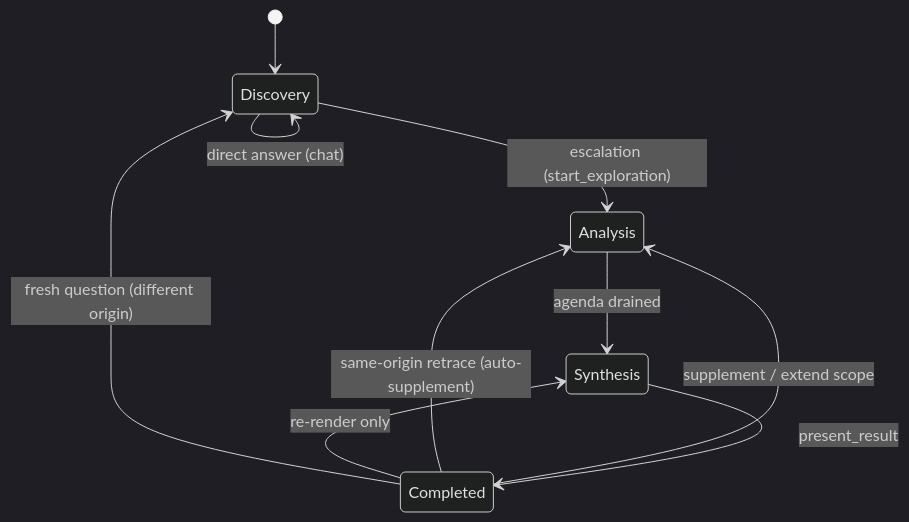
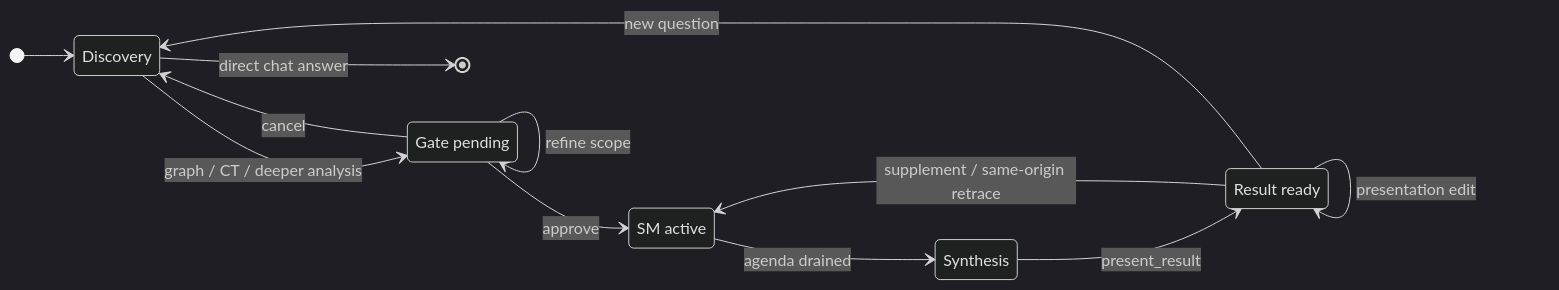
Before and after one commit to ChrisDevRepo/vscode_data_lineage: the sixth of 6 diagrams in docs/ARCHITECTURE.md, drawn with Mermaid (dark theme). The commit also changed other lines of this file and 1 other file, not shown here.

Commit message:
docs(ai): refine navigation state diagram

````diff
--- a/docs/ARCHITECTURE.md
+++ b/docs/ARCHITECTURE.md
@@ -367,12 +365,26 @@
 ```mermaid
 stateDiagram-v2
+    direction LR
+
     [*] --> Discovery
-    Discovery --> Discovery: direct answer (chat)
-    Discovery --> Analysis: escalation (start_exploration)
-    Analysis --> Synthesis: agenda drained
-    Synthesis --> Completed: present_result
-    Completed --> Analysis: supplement / extend scope
-    Completed --> Analysis: same-origin retrace (auto-supplement)
-    Completed --> Synthesis: re-render only
-    Completed --> Discovery: fresh question (different origin)
+
+    state "Discovery" as Discovery
+    state "Gate pending" as Gate
+    state "SM active" as Active
+    state "Synthesis" as Synthesis
+    state "Result ready" as ResultReady
+
+    Discovery --> [*]: direct chat answer
+    Discovery --> Gate: graph / CT / deeper analysis
+
+    Gate --> Discovery: cancel
+    Gate --> Gate: refine scope
+    Gate --> Active: approve
+
+    Active --> Synthesis: agenda drained
+    Synthesis --> ResultReady: present_result
+
+    ResultReady --> ResultReady: presentation edit
+    ResultReady --> Active: supplement / same-origin retrace
+    ResultReady --> Discovery: new question
 ```
````
